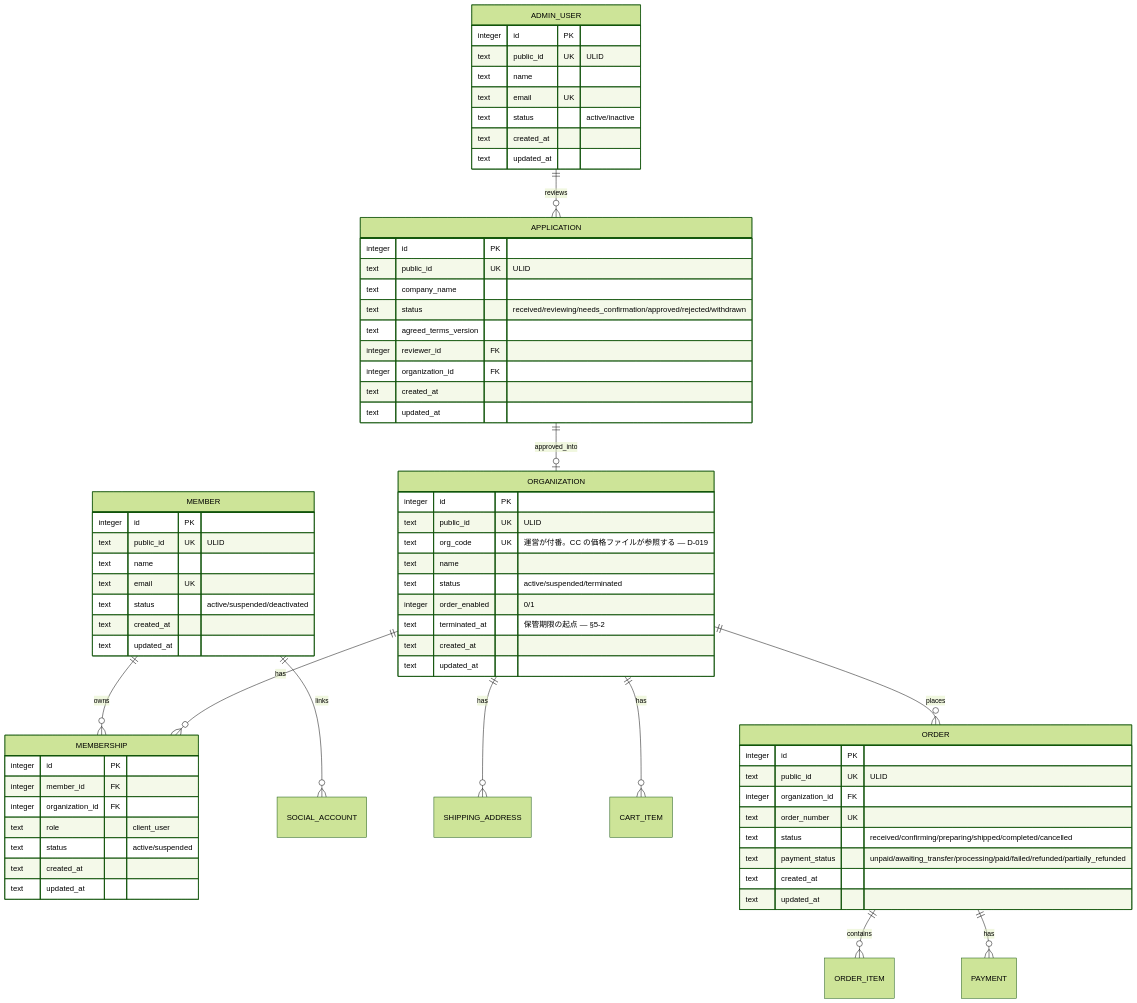
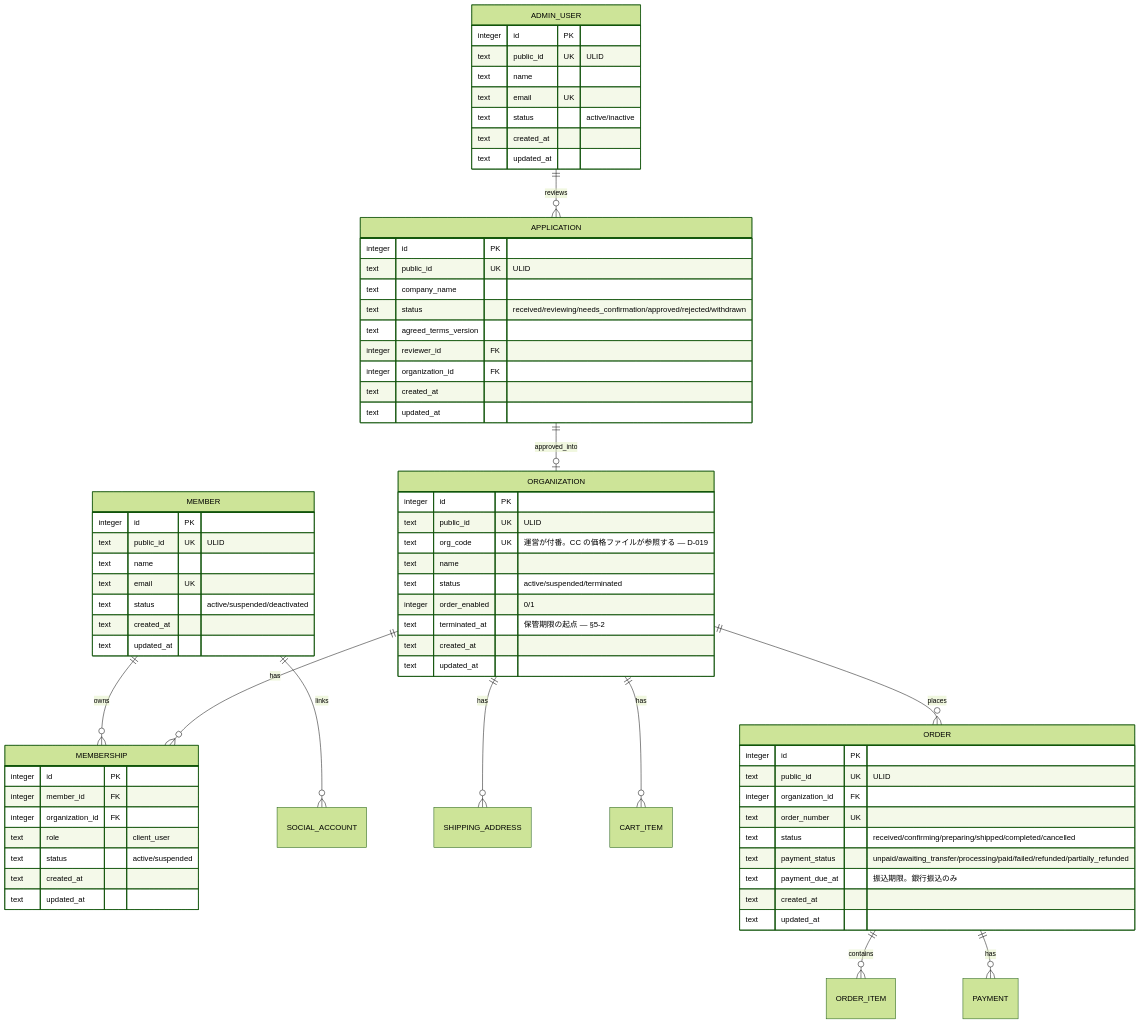
Before and after one commit to team-natural/business-pet-kampo: the diagram in docs/3-development/07-database-schema.md, drawn with Mermaid (forest theme). The commit also changed other lines of this file and 27 other files, not shown here.

````diff
--- a/docs/3-development/07-database-schema.md
+++ b/docs/3-development/07-database-schema.md
@@ -56,75 +56,76 @@
 ```mermaid
 erDiagram
     ADMIN_USER ||--o{ APPLICATION : reviews
     APPLICATION ||--o| ORGANIZATION : approved_into
     ORGANIZATION ||--o{ MEMBERSHIP : has
     MEMBER ||--o{ MEMBERSHIP : owns
     MEMBER ||--o{ SOCIAL_ACCOUNT : links
     ORGANIZATION ||--o{ SHIPPING_ADDRESS : has
     ORGANIZATION ||--o{ CART_ITEM : has
     ORGANIZATION ||--o{ ORDER : places
     ORDER ||--o{ ORDER_ITEM : contains
     ORDER ||--o{ PAYMENT : has
 
     ADMIN_USER {
         integer id PK
         text public_id UK "ULID"
         text name
         text email UK
         text status "active/inactive"
         text created_at
         text updated_at
     }
     APPLICATION {
         integer id PK
         text public_id UK "ULID"
         text company_name
         text status "received/reviewing/needs_confirmation/approved/rejected/withdrawn"
         text agreed_terms_version
         integer reviewer_id FK
         integer organization_id FK
         text created_at
         text updated_at
     }
     ORGANIZATION {
         integer id PK
         text public_id UK "ULID"
         text org_code UK "運営が付番。CC の価格ファイルが参照する — D-019"
         text name
         text status "active/suspended/terminated"
         integer order_enabled "0/1"
         text terminated_at "保管期限の起点 — §5-2"
         text created_at
         text updated_at
     }
     MEMBER {
         integer id PK
         text public_id UK "ULID"
         text name
         text email UK
         text status "active/suspended/deactivated"
         text created_at
         text updated_at
     }
     MEMBERSHIP {
         integer id PK
         integer member_id FK
         integer organization_id FK
         text role "client_user"
         text status "active/suspended"
         text created_at
         text updated_at
     }
     ORDER {
         integer id PK
         text public_id UK "ULID"
         integer organization_id FK
         text order_number UK
         text status "received/confirming/preparing/shipped/completed/cancelled"
         text payment_status "unpaid/awaiting_transfer/processing/paid/failed/refunded/partially_refunded"
+        text payment_due_at "振込期限。銀行振込のみ"
         text created_at
         text updated_at
     }
 
     %% 発注の詳細カラムは §7 参照
 ```
````
